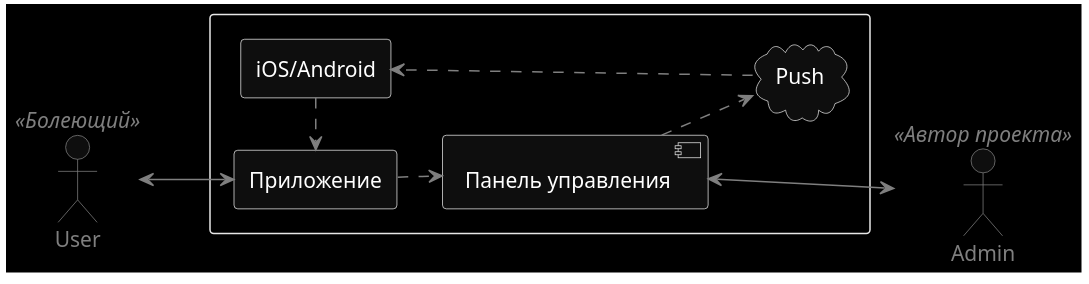
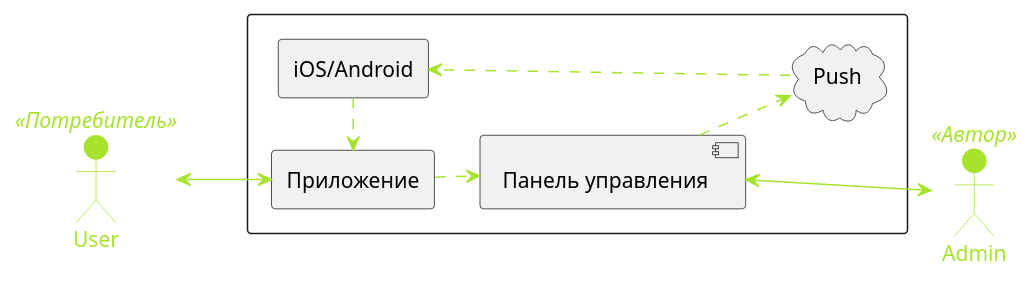
Before and after one commit to lex-github/hls_frontend: the first of 4 diagrams in README.md, drawn with PlantUML. The commit also changed other lines of this file and 2 other files, not shown here.

````diff
--- a/README.md
+++ b/README.md
@@ -12,30 +21,41 @@
 ```plantuml
 @startuml
-skinparam monochrome reverse
+skinparam monochrome false
+'skinparam backgroundColor #282828
+
 skinparam sequence {
-    ArrowColor gray
-	ActorBorderColor gray
-	LifeLineBorderColor gray
-    LifeLineBackgroundColor gray
-    ActorFontColor gray
+	ArrowColor #A6E32D
+	ActorBorderColor #A6E32D
+	LifeLineBorderColor #A6E32D
+	LifeLineBackgroundColor #A9DCDF
+	
+	ParticipantBorderColor #A6E32D
+	ParticipantBackgroundColor #A6E32D
+'	ParticipantFontName Impact
+'	ParticipantFontSize 17
+'	ParticipantFontColor #A9DCDF
+	
+	ActorBackgroundColor #A6E32D
+	ActorFontColor #A6E32D
+'	ActorFontSize 17
+'	ActorFontName Aapex
 }
-
 left to right direction
-User <<Болеющий>>
-Admin <<Автор проекта>>
+User <<Потребитель>>
+Admin <<Автор>>
 
 rectangle {
 
     agent "iOS/Android" as phone
     cloud "Push" as push 
     agent "Приложение" as app
 
     User <--> app
     phone .> app
     (push) ..> phone
     app .> [Панель управления]
     [Панель управления] .> (push) :   Onesignal API
     [Панель управления] <--> Admin
 }
 @enduml
 ```
````
